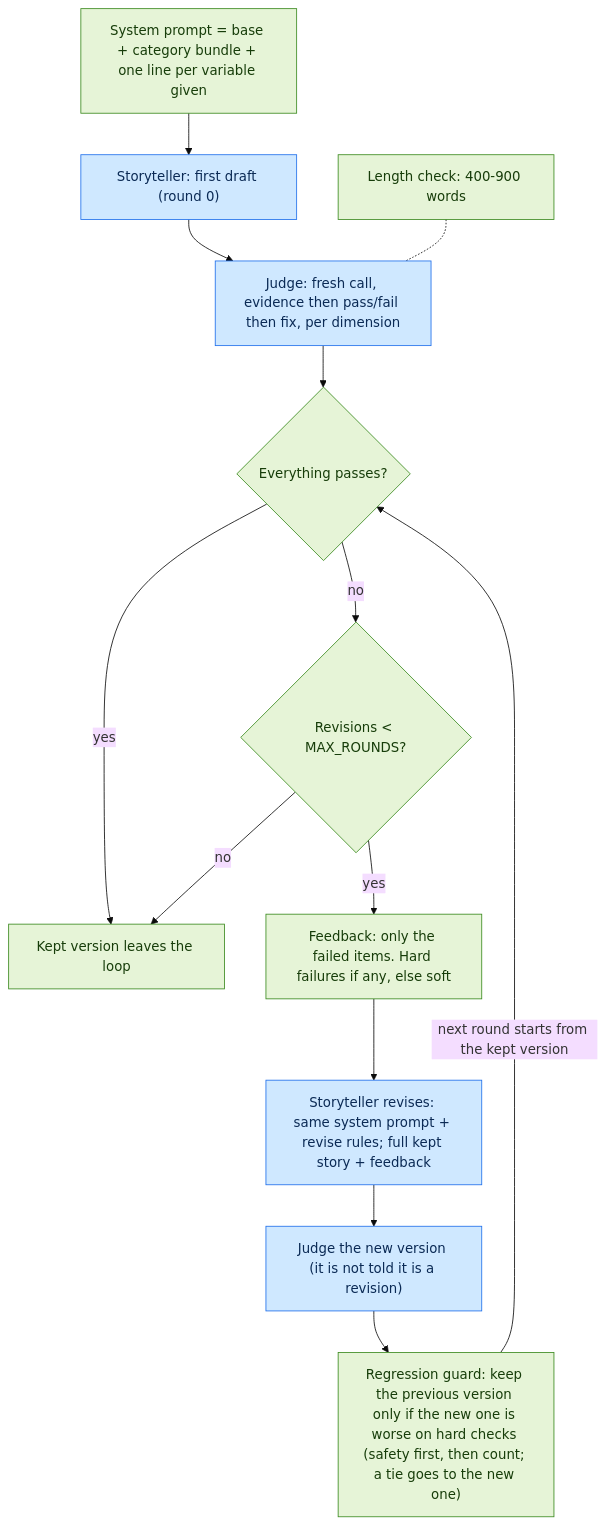
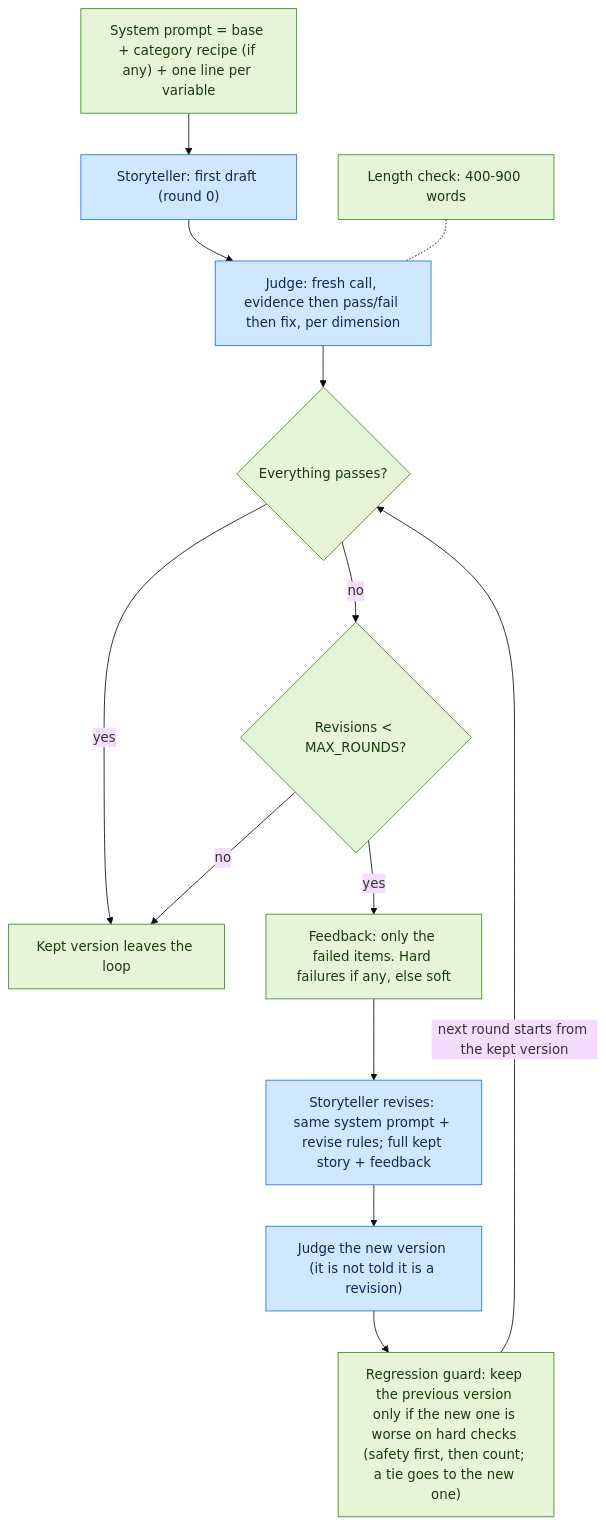
Before and after one commit to Sumo-99/hippocratic_ai_assessment: the third of 3 diagrams in docs/ARCHITECTURE.md, drawn with Mermaid (base theme). The commit also changed other lines of this file and 1 other file, not shown here.

Commit message:
docs: describe the three-rule flow and log the minification

````diff
--- a/docs/ARCHITECTURE.md
+++ b/docs/ARCHITECTURE.md
@@ -64,27 +67,27 @@
 ```mermaid
 flowchart TD
-    PROMPT["System prompt = base + category bundle + one line per variable given"]:::code
+    PROMPT["System prompt = base + category recipe (if any) + one line per variable"]:::code
     WRITE["Storyteller: first draft (round 0)"]:::llm
     JUDGE["Judge: fresh call, evidence then pass/fail then fix, per dimension"]:::llm
     LEN["Length check: 400-900 words"]:::code
     PASS{"Everything passes?"}:::code
     CAP{"Revisions < MAX_ROUNDS?"}:::code
     FB["Feedback: only the failed items. Hard failures if any, else soft"]:::code
     REV["Storyteller revises: same system prompt + revise rules; full kept story + feedback"]:::llm
     JUDGE2["Judge the new version (it is not told it is a revision)"]:::llm
     GUARD["Regression guard: keep the previous version only if the new one is worse on hard checks (safety first, then count; a tie goes to the new one)"]:::code
     DONE["Kept version leaves the loop"]:::code
 
     PROMPT --> WRITE --> JUDGE
     LEN -.- JUDGE
     JUDGE --> PASS
     PASS -->|yes| DONE
     PASS -->|no| CAP
     CAP -->|no| DONE
     CAP -->|yes| FB --> REV --> JUDGE2 --> GUARD
     GUARD -->|"next round starts from the kept version"| PASS
 
     classDef llm fill:#cfe8ff,stroke:#1f6feb,color:#0b2a55
     classDef code fill:#e6f4d7,stroke:#3b8a1f,color:#173d0a
     classDef io fill:#f3f3f3,stroke:#666,color:#222
 ```
````
